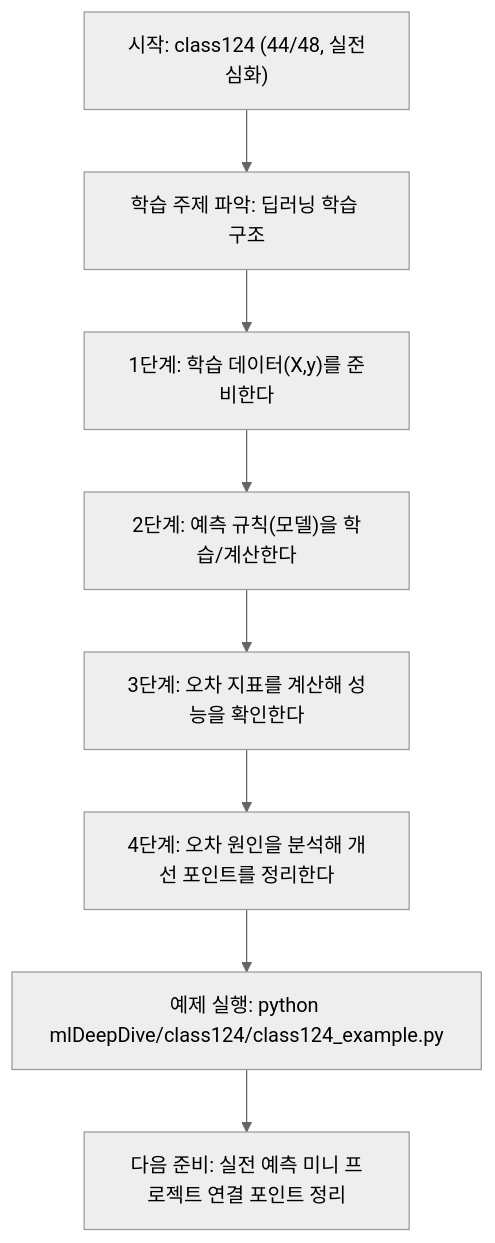
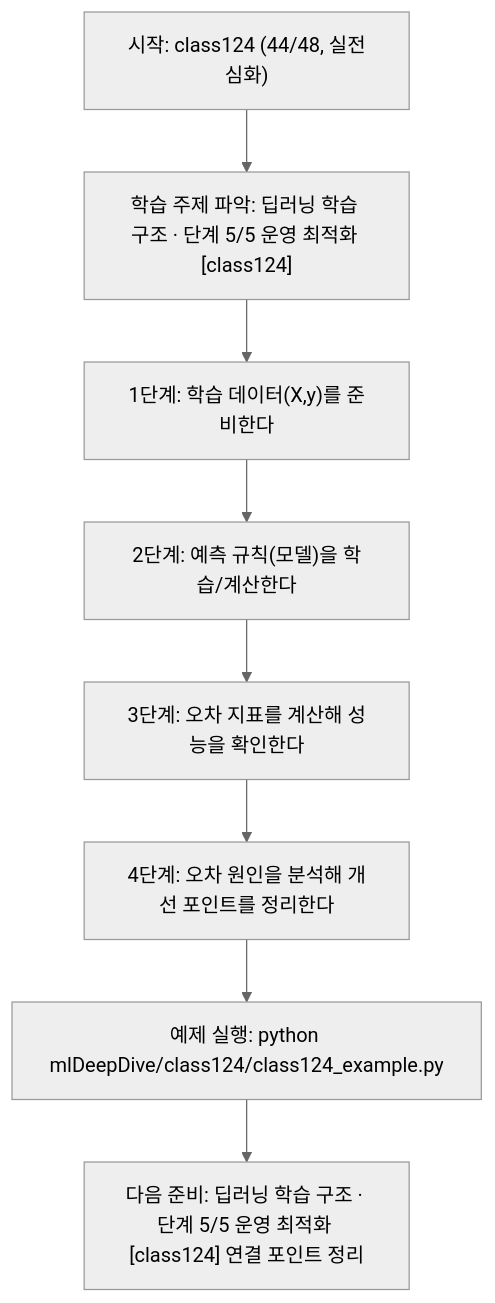
One commit to edumgt/Python-AI_Agent-Class changed the diagram in mlDeepDive/class124/class124.md. Above: the diagram before and after it, drawn with Mermaid (neutral theme). The commit also changed other lines of this file and 522 other files, not shown here.

````diff
--- a/mlDeepDive/class124/class124.md
+++ b/mlDeepDive/class124/class124.md
@@ -109,18 +110,18 @@
 ```mermaid
 flowchart TD
 N1["시작: class124 (44/48, 실전심화)"]
-N2["학습 주제 파악: 딥러닝 학습 구조"]
+N2["학습 주제 파악: 딥러닝 학습 구조 · 단계 5/5 운영 최적화 [class124]"]
 N3["1단계: 학습 데이터(X,y)를 준비한다"]
 N4["2단계: 예측 규칙(모델)을 학습/계산한다"]
 N5["3단계: 오차 지표를 계산해 성능을 확인한다"]
 N6["4단계: 오차 원인을 분석해 개선 포인트를 정리한다"]
 N7["예제 실행: python mlDeepDive/class124/class124_example.py"]
-N8["다음 준비: 실전 예측 미니 프로젝트 연결 포인트 정리"]
+N8["다음 준비: 딥러닝 학습 구조 · 단계 5/5 운영 최적화 [class124] 연결 포인트 정리"]
 N1 --> N2
 N2 --> N3
 N3 --> N4
 N4 --> N5
 N5 --> N6
 N6 --> N7
 N7 --> N8
 ```
````
